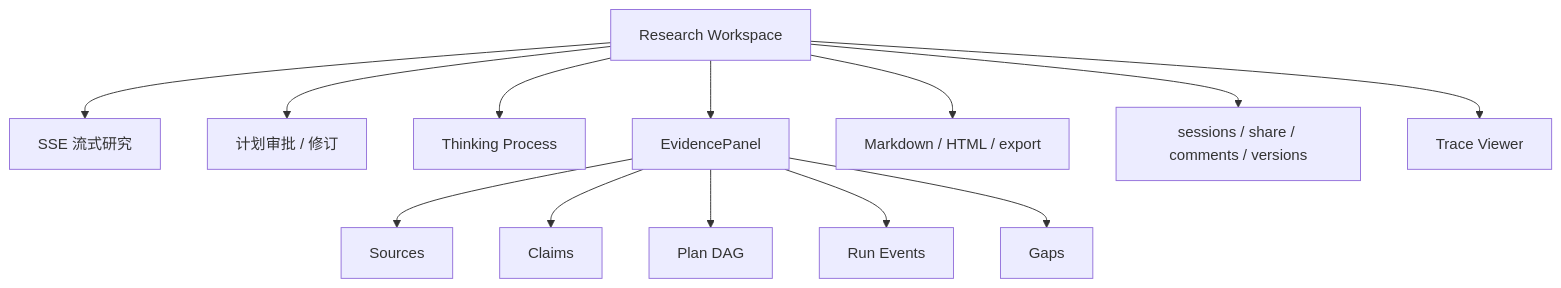
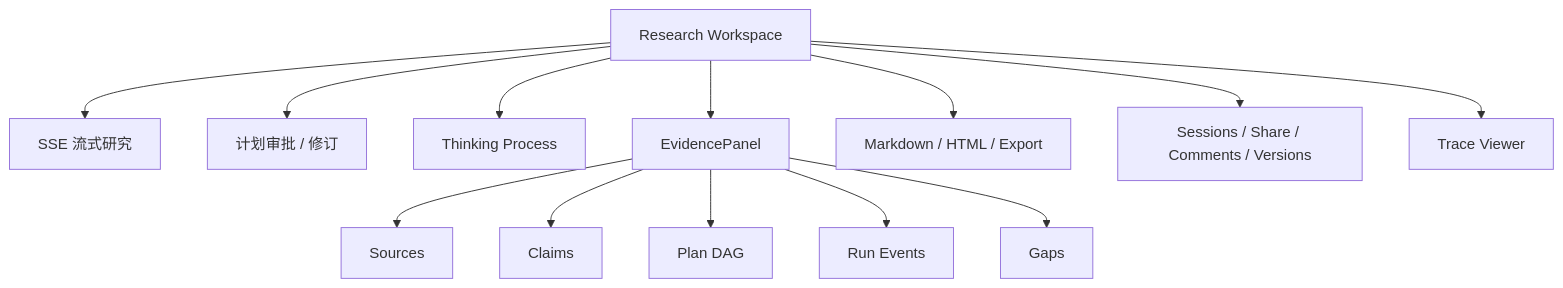
One commit to LittleSongxx/SoulSearcher changed the sixth of 6 diagrams in README.md. Above: the diagram before and after it, drawn with Mermaid. The commit also changed other lines of this file and 124 other files, not shown here.

````diff
--- a/README.md
+++ b/README.md
@@ -239,15 +249,15 @@
 ```mermaid
 flowchart TB
     Workspace["Research Workspace"] --> Stream["SSE 流式研究"]
     Workspace --> Approval["计划审批 / 修订"]
     Workspace --> Thinking["Thinking Process"]
     Workspace --> Evidence["EvidencePanel"]
     Evidence --> Sources["Sources"]
     Evidence --> Claims["Claims"]
     Evidence --> Plan["Plan DAG"]
     Evidence --> Events["Run Events"]
     Evidence --> Gaps["Gaps"]
-    Workspace --> Artifacts["Markdown / HTML / export"]
-    Workspace --> Session["sessions / share / comments / versions"]
+    Workspace --> Artifacts["Markdown / HTML / Export"]
+    Workspace --> Sessions["Sessions / Share / Comments / Versions"]
     Workspace --> Trace["Trace Viewer"]
 ```
````
